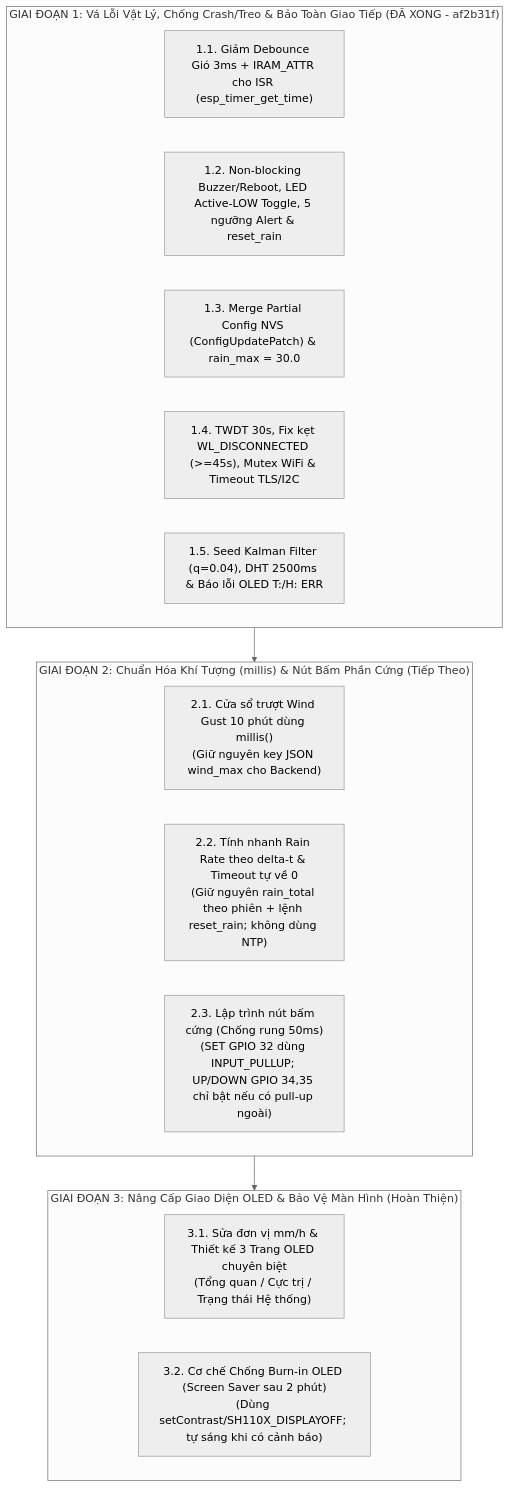
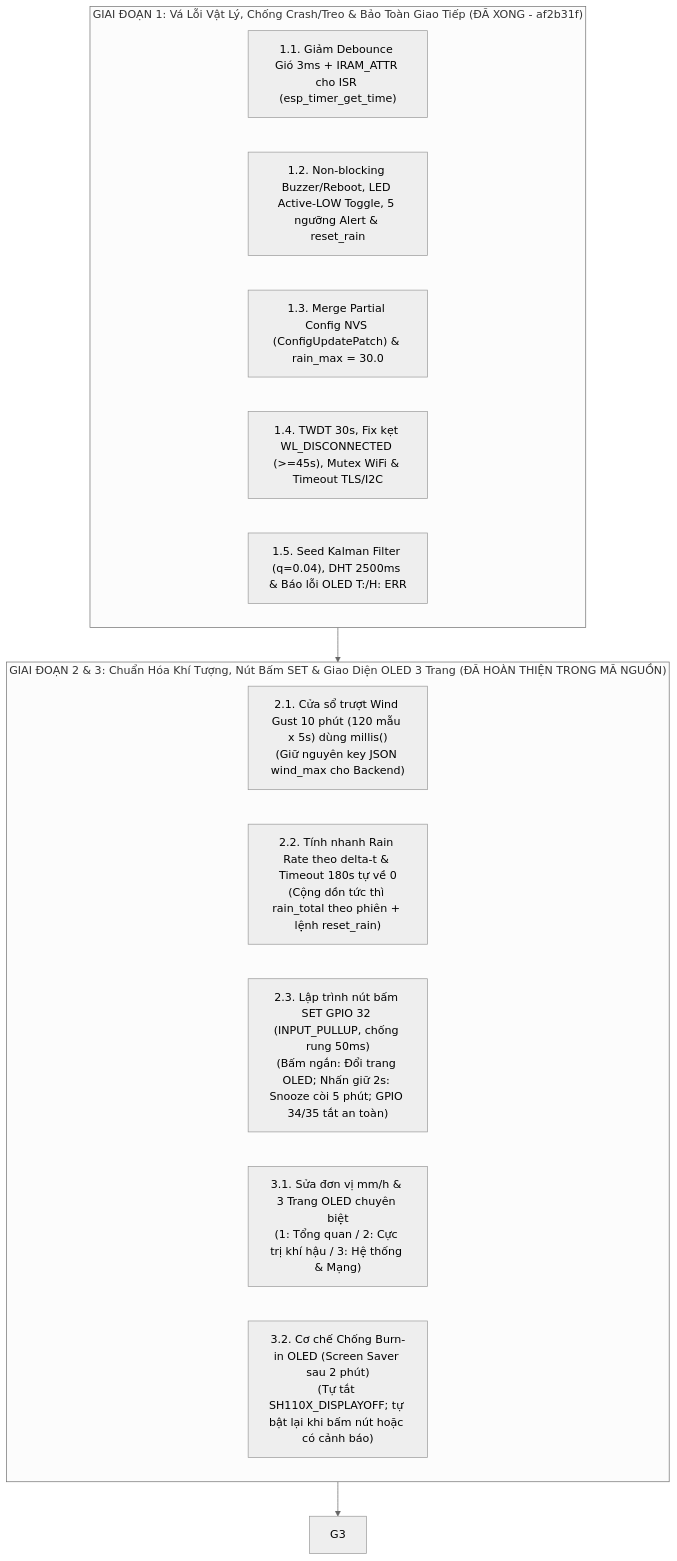
The diagram in docs/FIRMWARE_REFINEMENT_PLAN.md (DuongAn15/IoT-project), drawn with Mermaid (neutral theme) before and after one commit. The commit also changed other lines of this file and 6 other files, not shown here.

````diff
--- a/docs/FIRMWARE_REFINEMENT_PLAN.md
+++ b/docs/FIRMWARE_REFINEMENT_PLAN.md
@@ -284,23 +284,20 @@
 ```mermaid
 flowchart TD
     subgraph G1["GIAI ĐOẠN 1: Vá Lỗi Vật Lý, Chống Crash/Treo & Bảo Toàn Giao Tiếp (ĐÃ XONG - af2b31f)"]
         A1["1.1. Giảm Debounce Gió 3ms + IRAM_ATTR cho ISR (esp_timer_get_time)"]
         A2["1.2. Non-blocking Buzzer/Reboot, LED Active-LOW Toggle, 5 ngưỡng Alert & reset_rain"]
         A3["1.3. Merge Partial Config NVS (ConfigUpdatePatch) & rain_max = 30.0"]
         A4["1.4. TWDT 30s, Fix kẹt WL_DISCONNECTED (>=45s), Mutex WiFi & Timeout TLS/I2C"]
         A5["1.5. Seed Kalman Filter (q=0.04), DHT 2500ms & Báo lỗi OLED T:/H: ERR"]
     end
 
-    subgraph G2["GIAI ĐOẠN 2: Chuẩn Hóa Khí Tượng (millis) & Nút Bấm Phần Cứng (Tiếp Theo)"]
-        B1["2.1. Cửa sổ trượt Wind Gust 10 phút dùng millis()<br/>(Giữ nguyên key JSON wind_max cho Backend)"]
-        B2["2.2. Tính nhanh Rain Rate theo delta-t & Timeout tự về 0<br/>(Giữ nguyên rain_total theo phiên + lệnh reset_rain; không dùng NTP)"]
-        B3["2.3. Lập trình nút bấm cứng (Chống rung 50ms)<br/>(SET GPIO 32 dùng INPUT_PULLUP; UP/DOWN GPIO 34,35 chỉ bật nếu có pull-up ngoài)"]
-    end
-
-    subgraph G3["GIAI ĐOẠN 3: Nâng Cấp Giao Diện OLED & Bảo Vệ Màn Hình (Hoàn Thiện)"]
-        C1["3.1. Sửa đơn vị mm/h & Thiết kế 3 Trang OLED chuyên biệt<br/>(Tổng quan / Cực trị / Trạng thái Hệ thống)"]
-        C2["3.2. Cơ chế Chống Burn-in OLED (Screen Saver sau 2 phút)<br/>(Dùng setContrast/SH110X_DISPLAYOFF; tự sáng khi có cảnh báo)"]
+    subgraph G2["GIAI ĐOẠN 2 & 3: Chuẩn Hóa Khí Tượng, Nút Bấm SET & Giao Diện OLED 3 Trang (ĐÃ HOÀN THIỆN TRONG MÃ NGUỒN)"]
+        B1["2.1. Cửa sổ trượt Wind Gust 10 phút (120 mẫu x 5s) dùng millis()<br/>(Giữ nguyên key JSON wind_max cho Backend)"]
+        B2["2.2. Tính nhanh Rain Rate theo delta-t & Timeout 180s tự về 0<br/>(Cộng dồn tức thì rain_total theo phiên + lệnh reset_rain)"]
+        B3["2.3. Lập trình nút bấm SET GPIO 32 (INPUT_PULLUP, chống rung 50ms)<br/>(Bấm ngắn: Đổi trang OLED; Nhấn giữ 2s: Snooze còi 5 phút; GPIO 34/35 tắt an toàn)"]
+        C1["3.1. Sửa đơn vị mm/h & 3 Trang OLED chuyên biệt<br/>(1: Tổng quan / 2: Cực trị khí hậu / 3: Hệ thống & Mạng)"]
+        C2["3.2. Cơ chế Chống Burn-in OLED (Screen Saver sau 2 phút)<br/>(Tự tắt SH110X_DISPLAYOFF; tự bật lại khi bấm nút hoặc có cảnh báo)"]
     end
 
     G1 --> G2 --> G3
 ```
````
